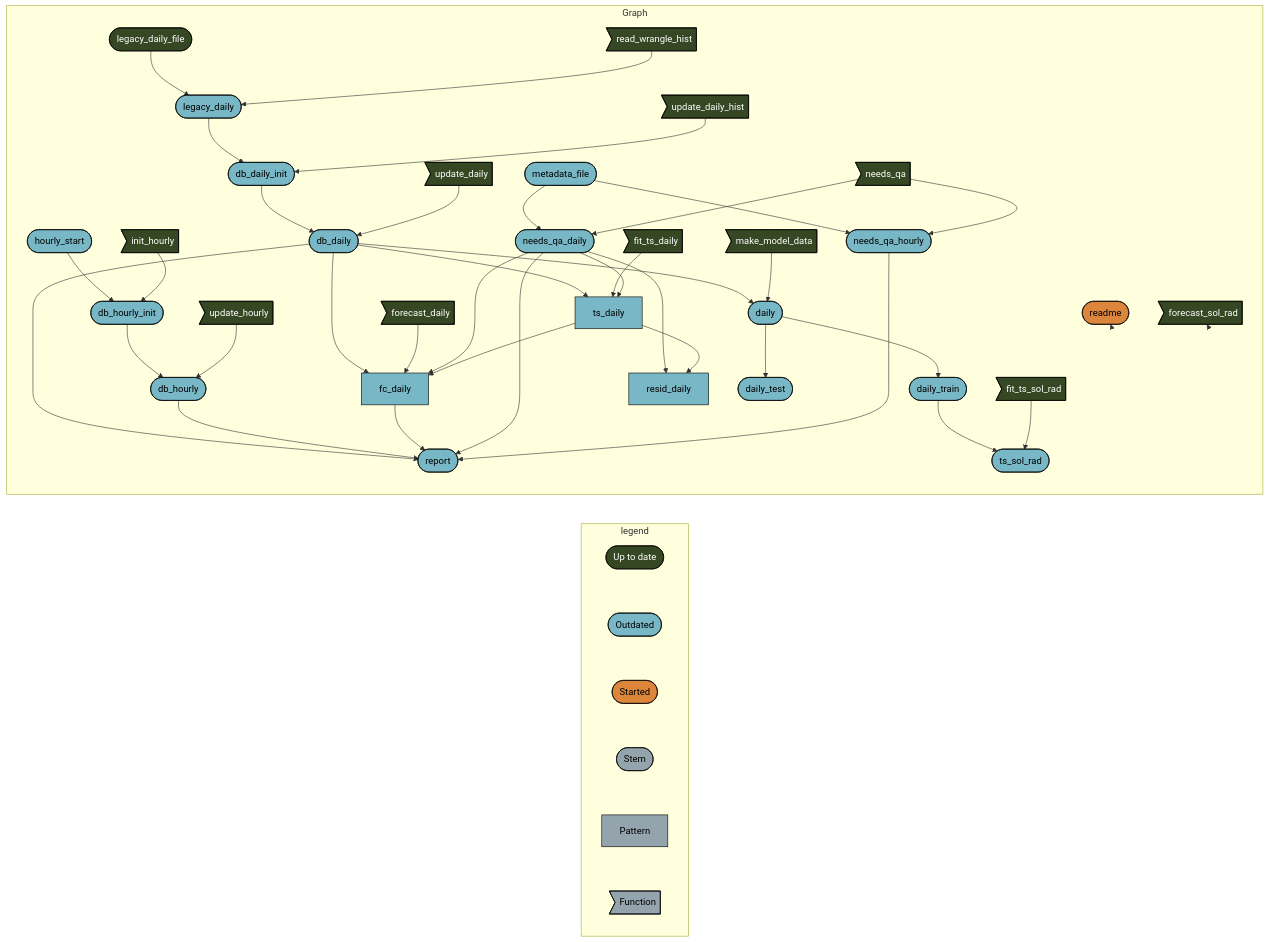
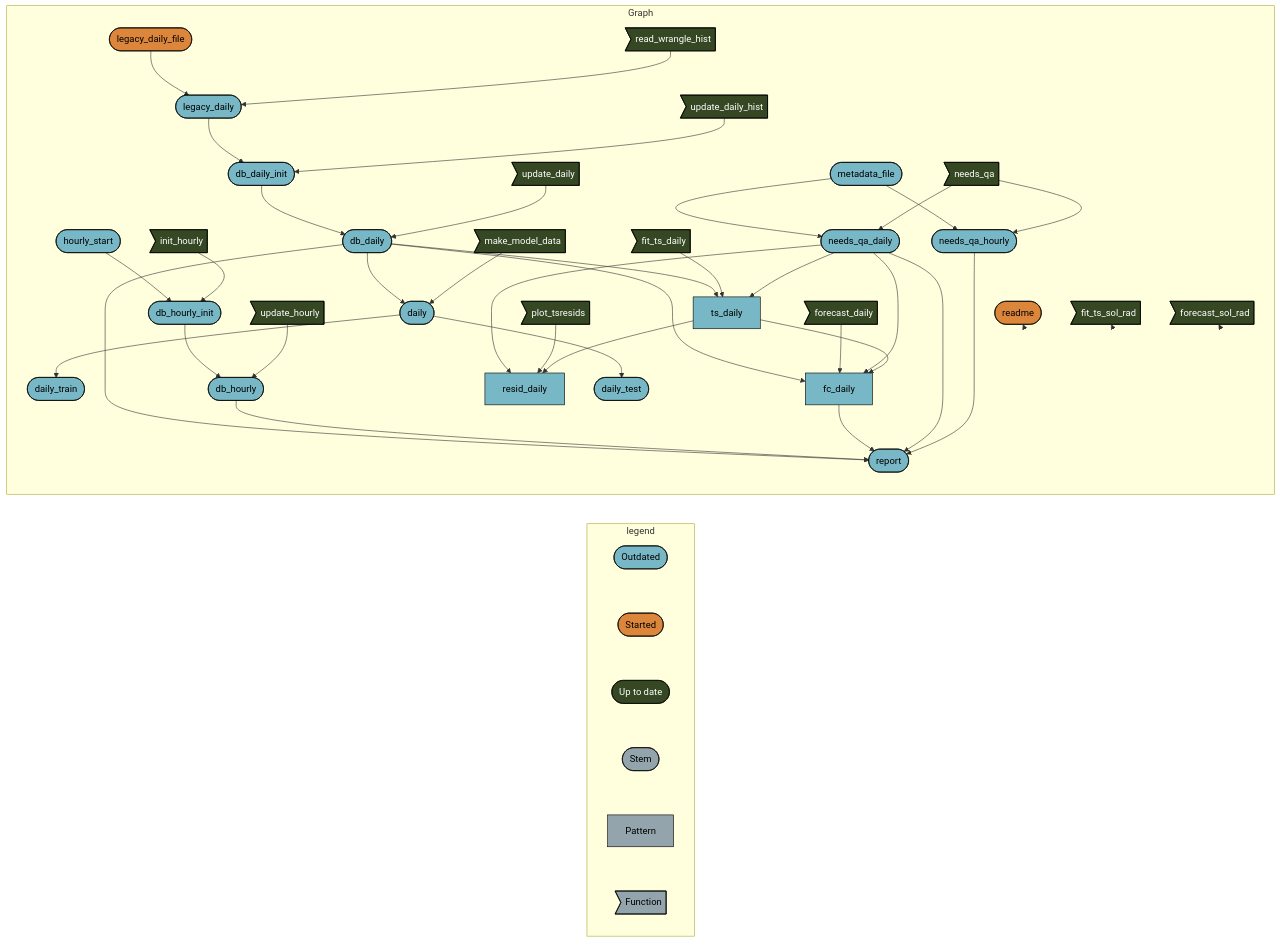
Before and after one commit to uace-azmet/azmet-forecast-qa: the diagram in README.md, drawn with Mermaid. The commit also changed 2 other files, not shown here.

Commit message:
run workflow

````diff
--- a/README.md
+++ b/README.md
@@ -31,59 +31,60 @@
 ``` mermaid
 graph LR
   subgraph legend
-    x7420bd9270f8d27d([""Up to date""]):::uptodate --- x0a52b03877696646([""Outdated""]):::outdated
     x0a52b03877696646([""Outdated""]):::outdated --- x5b3426b4c7fa7dbc([""Started""]):::started
-    x5b3426b4c7fa7dbc([""Started""]):::started --- xbf4603d6c2c2ad6b([""Stem""]):::none
+    x5b3426b4c7fa7dbc([""Started""]):::started --- x7420bd9270f8d27d([""Up to date""]):::uptodate
+    x7420bd9270f8d27d([""Up to date""]):::uptodate --- xbf4603d6c2c2ad6b([""Stem""]):::none
     xbf4603d6c2c2ad6b([""Stem""]):::none --- x70a5fa6bea6f298d[""Pattern""]:::none
     x70a5fa6bea6f298d[""Pattern""]:::none --- xf0bce276fe2b9d3e>""Function""]:::none
   end
   subgraph Graph
     x6233d5fdb54d5242(["daily"]):::outdated --> x9a0acd6e842eb2f0(["daily_train"]):::outdated
     xff9b736edef41c8b(["legacy_daily"]):::outdated --> x1cab041545db0886(["db_daily_init"]):::outdated
     x8b3096a190996662>"update_daily_hist"]:::uptodate --> x1cab041545db0886(["db_daily_init"]):::outdated
     x44bd6feeb3fb18b4(["db_daily"]):::outdated --> xe0fba61fbc506510(["report"]):::outdated
     xf4a7af7aeef4f182(["db_hourly"]):::outdated --> xe0fba61fbc506510(["report"]):::outdated
     xdd96ec4b0bb5ab6b["fc_daily"]:::outdated --> xe0fba61fbc506510(["report"]):::outdated
     xdfae9ea4e5207cef(["needs_qa_daily"]):::outdated --> xe0fba61fbc506510(["report"]):::outdated
     xac2ac35653724b54(["needs_qa_hourly"]):::outdated --> xe0fba61fbc506510(["report"]):::outdated
     x44bd6feeb3fb18b4(["db_daily"]):::outdated --> x6233d5fdb54d5242(["daily"]):::outdated
     x5618af51994d1c2d>"make_model_data"]:::uptodate --> x6233d5fdb54d5242(["daily"]):::outdated
     x44bd6feeb3fb18b4(["db_daily"]):::outdated --> xdd96ec4b0bb5ab6b["fc_daily"]:::outdated
     x4bc7352f98499683>"forecast_daily"]:::uptodate --> xdd96ec4b0bb5ab6b["fc_daily"]:::outdated
     xdfae9ea4e5207cef(["needs_qa_daily"]):::outdated --> xdd96ec4b0bb5ab6b["fc_daily"]:::outdated
     x8ce8b31c737a2473["ts_daily"]:::outdated --> xdd96ec4b0bb5ab6b["fc_daily"]:::outdated
-    x9a0acd6e842eb2f0(["daily_train"]):::outdated --> xc9de046aea785dc2(["ts_sol_rad"]):::outdated
-    xcc4a333b0a3d9708>"fit_ts_sol_rad"]:::uptodate --> xc9de046aea785dc2(["ts_sol_rad"]):::outdated
     xd1a6dd314cda4831(["hourly_start"]):::outdated --> xba07353683c5dbf8(["db_hourly_init"]):::outdated
     x7a5743c959c496f9>"init_hourly"]:::uptodate --> xba07353683c5dbf8(["db_hourly_init"]):::outdated
     x1cab041545db0886(["db_daily_init"]):::outdated --> x44bd6feeb3fb18b4(["db_daily"]):::outdated
     xed180ed90a78526a>"update_daily"]:::uptodate --> x44bd6feeb3fb18b4(["db_daily"]):::outdated
-    x1920bdb737e11d2e(["legacy_daily_file"]):::uptodate --> xff9b736edef41c8b(["legacy_daily"]):::outdated
+    x1920bdb737e11d2e(["legacy_daily_file"]):::started --> xff9b736edef41c8b(["legacy_daily"]):::outdated
     x842666df821db265>"read_wrangle_hist"]:::uptodate --> xff9b736edef41c8b(["legacy_daily"]):::outdated
     xdfae9ea4e5207cef(["needs_qa_daily"]):::outdated --> x0bb4ecca77d3d4a0["resid_daily"]:::outdated
+    x10e889bcd8b0fd60>"plot_tsresids"]:::uptodate --> x0bb4ecca77d3d4a0["resid_daily"]:::outdated
     x8ce8b31c737a2473["ts_daily"]:::outdated --> x0bb4ecca77d3d4a0["resid_daily"]:::outdated
     x44bd6feeb3fb18b4(["db_daily"]):::outdated --> x8ce8b31c737a2473["ts_daily"]:::outdated
     x4db87fff7f74933b>"fit_ts_daily"]:::uptodate --> x8ce8b31c737a2473["ts_daily"]:::outdated
     xdfae9ea4e5207cef(["needs_qa_daily"]):::outdated --> x8ce8b31c737a2473["ts_daily"]:::outdated
     x3d7b2a2ab5636113(["metadata_file"]):::outdated --> xdfae9ea4e5207cef(["needs_qa_daily"]):::outdated
     x06ab7116eed66f15>"needs_qa"]:::uptodate --> xdfae9ea4e5207cef(["needs_qa_daily"]):::outdated
     xba07353683c5dbf8(["db_hourly_init"]):::outdated --> xf4a7af7aeef4f182(["db_hourly"]):::outdated
     x967af66f8b51e317>"update_hourly"]:::uptodate --> xf4a7af7aeef4f182(["db_hourly"]):::outdated
     x3d7b2a2ab5636113(["metadata_file"]):::outdated --> xac2ac35653724b54(["needs_qa_hourly"]):::outdated
     x06ab7116eed66f15>"needs_qa"]:::uptodate --> xac2ac35653724b54(["needs_qa_hourly"]):::outdated
     x6233d5fdb54d5242(["daily"]):::outdated --> x7b318303b239462b(["daily_test"]):::outdated
     x6e52cb0f1668cc22(["readme"]):::started --> x6e52cb0f1668cc22(["readme"]):::started
+    xcc4a333b0a3d9708>"fit_ts_sol_rad"]:::uptodate --> xcc4a333b0a3d9708>"fit_ts_sol_rad"]:::uptodate
     x9b63e5b64de3fce2>"forecast_sol_rad"]:::uptodate --> x9b63e5b64de3fce2>"forecast_sol_rad"]:::uptodate
   end
-  classDef uptodate stroke:#000000,color:#ffffff,fill:#354823;
   classDef outdated stroke:#000000,color:#000000,fill:#78B7C5;
   classDef started stroke:#000000,color:#000000,fill:#DC863B;
+  classDef uptodate stroke:#000000,color:#ffffff,fill:#354823;
   classDef none stroke:#000000,color:#000000,fill:#94a4ac;
   linkStyle 0 stroke-width:0px;
   linkStyle 1 stroke-width:0px;
   linkStyle 2 stroke-width:0px;
   linkStyle 3 stroke-width:0px;
   linkStyle 4 stroke-width:0px;
+  linkStyle 38 stroke-width:0px;
   linkStyle 39 stroke-width:0px;
   linkStyle 40 stroke-width:0px;
 ```
````
